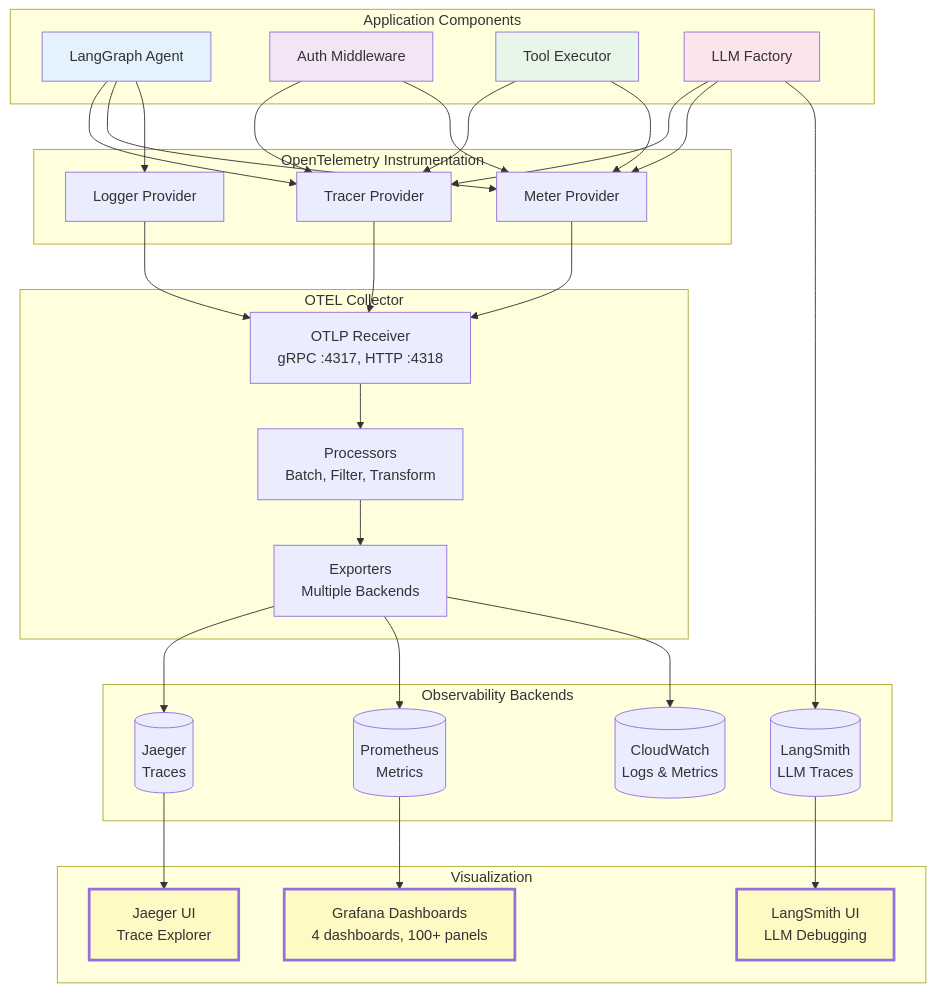
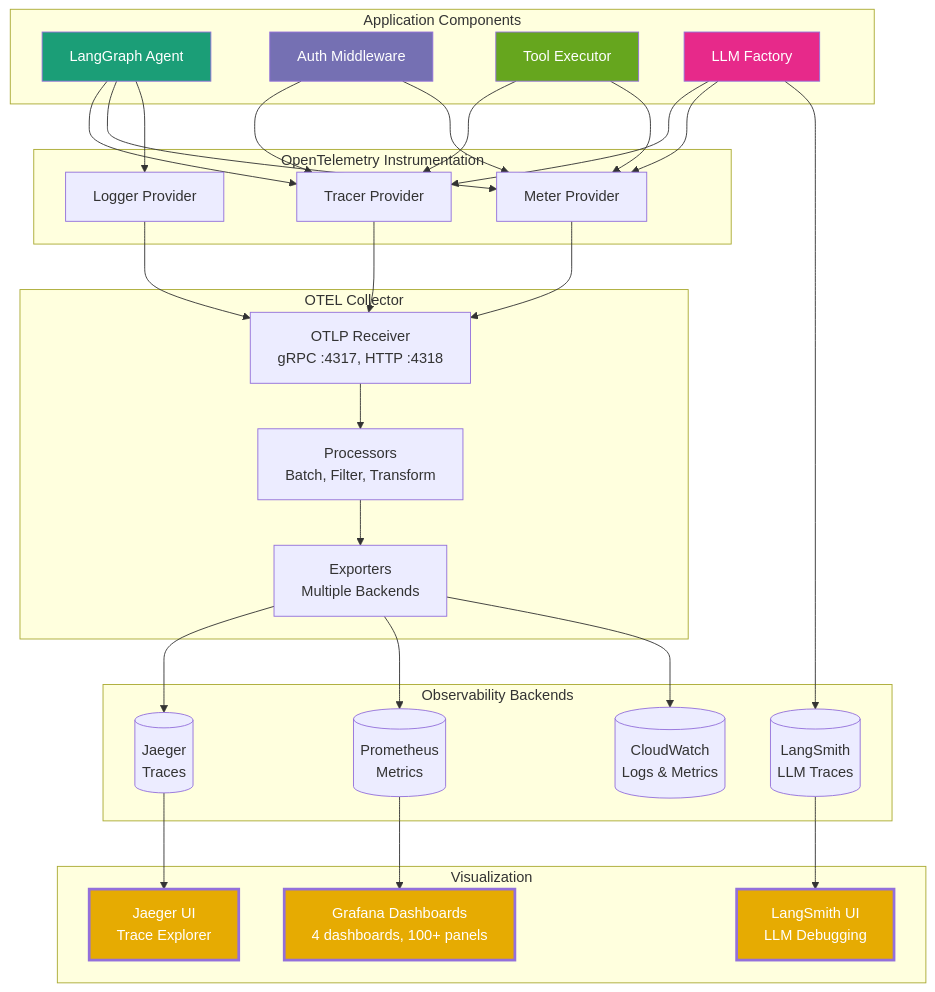
The tenth of 10 diagrams in docs/diagrams/system-architecture.mdx (vishnu2kmohan/mcp-server-langgraph), drawn with Mermaid before and after one commit. The commit also changed other lines of this file and 4 other files, not shown here.

First line of the commit message:
style: update Mermaid diagrams to dark mode-friendly ColorBrewer2 palette

````diff
--- a/docs/diagrams/system-architecture.mdx
+++ b/docs/diagrams/system-architecture.mdx
@@ -543,69 +543,69 @@
 ```mermaid
 graph TB
     subgraph Application["Application Components"]
         Agent[LangGraph Agent]
         Auth[Auth Middleware]
         Tools[Tool Executor]
         LLM[LLM Factory]
     end
 
     subgraph Instrumentation["OpenTelemetry Instrumentation"]
         TracerProvider[Tracer Provider]
         MeterProvider[Meter Provider]
         LoggerProvider[Logger Provider]
     end
 
     subgraph Collection["OTEL Collector"]
         Receiver[OTLP Receiver<br/>gRPC :4317, HTTP :4318]
         Processor[Processors<br/>Batch, Filter, Transform]
         Exporter[Exporters<br/>Multiple Backends]
     end
 
     subgraph Backends["Observability Backends"]
         Jaeger[(Jaeger<br/>Traces)]
         Prometheus[(Prometheus<br/>Metrics)]
         LangSmith[(LangSmith<br/>LLM Traces)]
         CloudWatch[(CloudWatch<br/>Logs & Metrics)]
     end
 
     subgraph Visualization["Visualization"]
         Grafana[Grafana Dashboards<br/>4 dashboards, 100+ panels]
         JaegerUI[Jaeger UI<br/>Trace Explorer]
         LangSmithUI[LangSmith UI<br/>LLM Debugging]
     end
 
     %% Data Flow
     Agent --> TracerProvider
     Agent --> MeterProvider
     Agent --> LoggerProvider
     Auth --> TracerProvider
     Auth --> MeterProvider
     Tools --> TracerProvider
     Tools --> MeterProvider
     LLM --> TracerProvider
     LLM --> MeterProvider
     LLM --> LangSmith
 
     TracerProvider --> Receiver
     MeterProvider --> Receiver
     LoggerProvider --> Receiver
 
     Receiver --> Processor
     Processor --> Exporter
 
     Exporter --> Jaeger
     Exporter --> Prometheus
     Exporter --> CloudWatch
 
     Jaeger --> JaegerUI
     Prometheus --> Grafana
     LangSmith --> LangSmithUI
 
-    style Agent fill:#e3f2fd
-    style Auth fill:#f3e5f5
-    style Tools fill:#e8f5e9
-    style LLM fill:#fce4ec
-    style Grafana fill:#fff9c4,stroke-width:3px
-    style JaegerUI fill:#fff9c4,stroke-width:3px
-    style LangSmithUI fill:#fff9c4,stroke-width:3px
+    style Agent fill:#1b9e77,color:#fff
+    style Auth fill:#7570b3,color:#fff
+    style Tools fill:#66a61e,color:#fff
+    style LLM fill:#e7298a,color:#fff
+    style Grafana fill:#e6ab02,stroke-width:3px,color:#fff
+    style JaegerUI fill:#e6ab02,stroke-width:3px,color:#fff
+    style LangSmithUI fill:#e6ab02,stroke-width:3px,color:#fff
 ```
````
